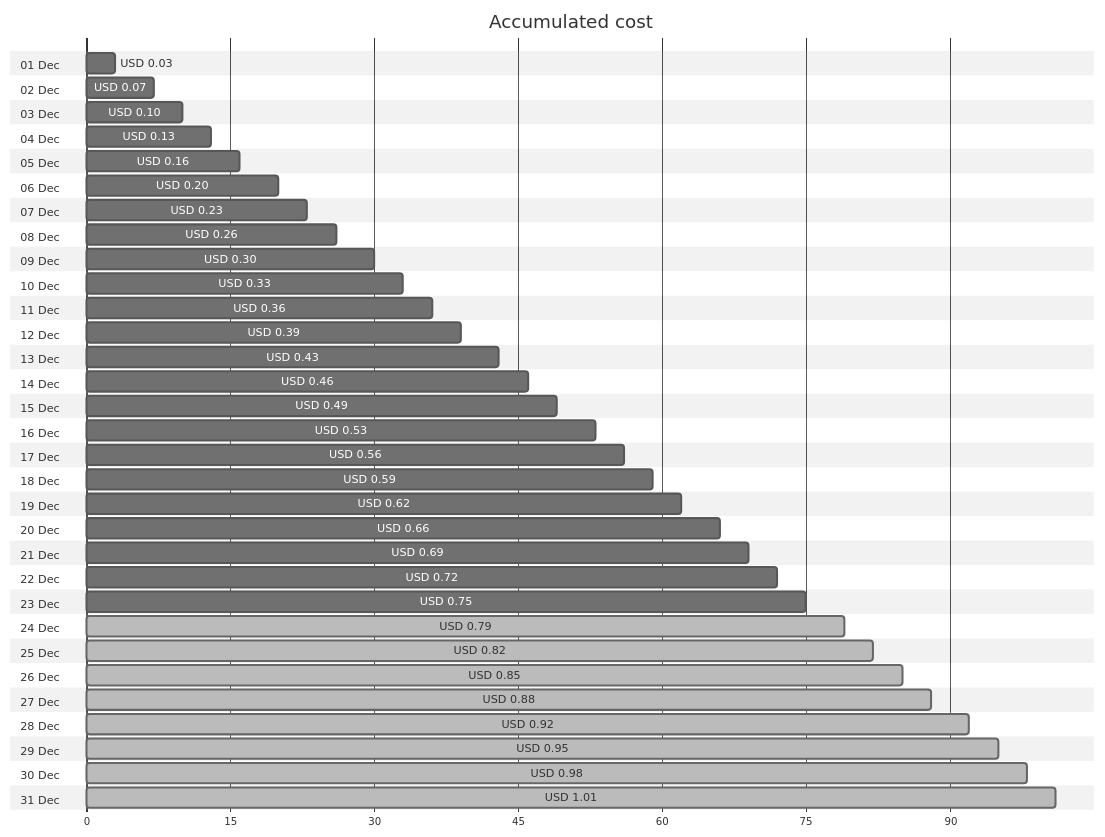
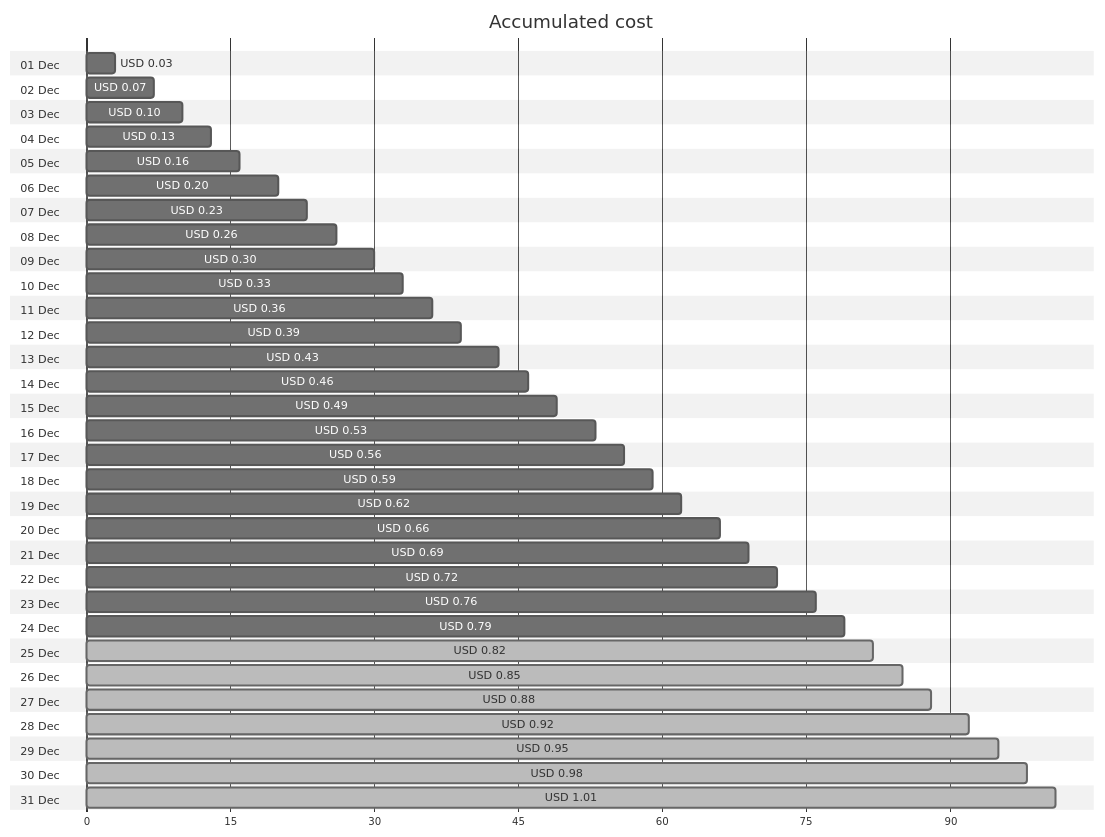
One commit to jpfulton/azure-personal-reports changed the first of 4 diagrams in cost-reports/personal-dns/README.md. Above: the diagram before and after it, drawn with Mermaid (neutral theme). The commit also changed other lines of this file and 2 other files, not shown here.

````diff
--- a/cost-reports/personal-dns/README.md
+++ b/cost-reports/personal-dns/README.md
@@ -20,68 +20,68 @@
 ```mermaid
 gantt
    title Accumulated cost
    dateFormat  X
    axisFormat %s
    section 01 Dec
    USD 0.03 :0, 3
    section 02 Dec
    USD 0.07 :0, 7
    section 03 Dec
    USD 0.10 :0, 10
    section 04 Dec
    USD 0.13 :0, 13
    section 05 Dec
    USD 0.16 :0, 16
    section 06 Dec
    USD 0.20 :0, 20
    section 07 Dec
    USD 0.23 :0, 23
    section 08 Dec
    USD 0.26 :0, 26
    section 09 Dec
    USD 0.30 :0, 30
    section 10 Dec
    USD 0.33 :0, 33
    section 11 Dec
    USD 0.36 :0, 36
    section 12 Dec
    USD 0.39 :0, 39
    section 13 Dec
    USD 0.43 :0, 43
    section 14 Dec
    USD 0.46 :0, 46
    section 15 Dec
    USD 0.49 :0, 49
    section 16 Dec
    USD 0.53 :0, 53
    section 17 Dec
    USD 0.56 :0, 56
    section 18 Dec
    USD 0.59 :0, 59
    section 19 Dec
    USD 0.62 :0, 62
    section 20 Dec
    USD 0.66 :0, 66
    section 21 Dec
    USD 0.69 :0, 69
    section 22 Dec
    USD 0.72 :0, 72
    section 23 Dec
-   USD 0.75 :0, 75
+   USD 0.76 :0, 76
    section 24 Dec
-   USD 0.79 : done, 0, 79
+   USD 0.79 :0, 79
    section 25 Dec
    USD 0.82 : done, 0, 82
    section 26 Dec
    USD 0.85 : done, 0, 85
    section 27 Dec
    USD 0.88 : done, 0, 88
    section 28 Dec
    USD 0.92 : done, 0, 92
    section 29 Dec
    USD 0.95 : done, 0, 95
    section 30 Dec
    USD 0.98 : done, 0, 98
    section 31 Dec
    USD 1.01 : done, 0, 101
 ```
````
